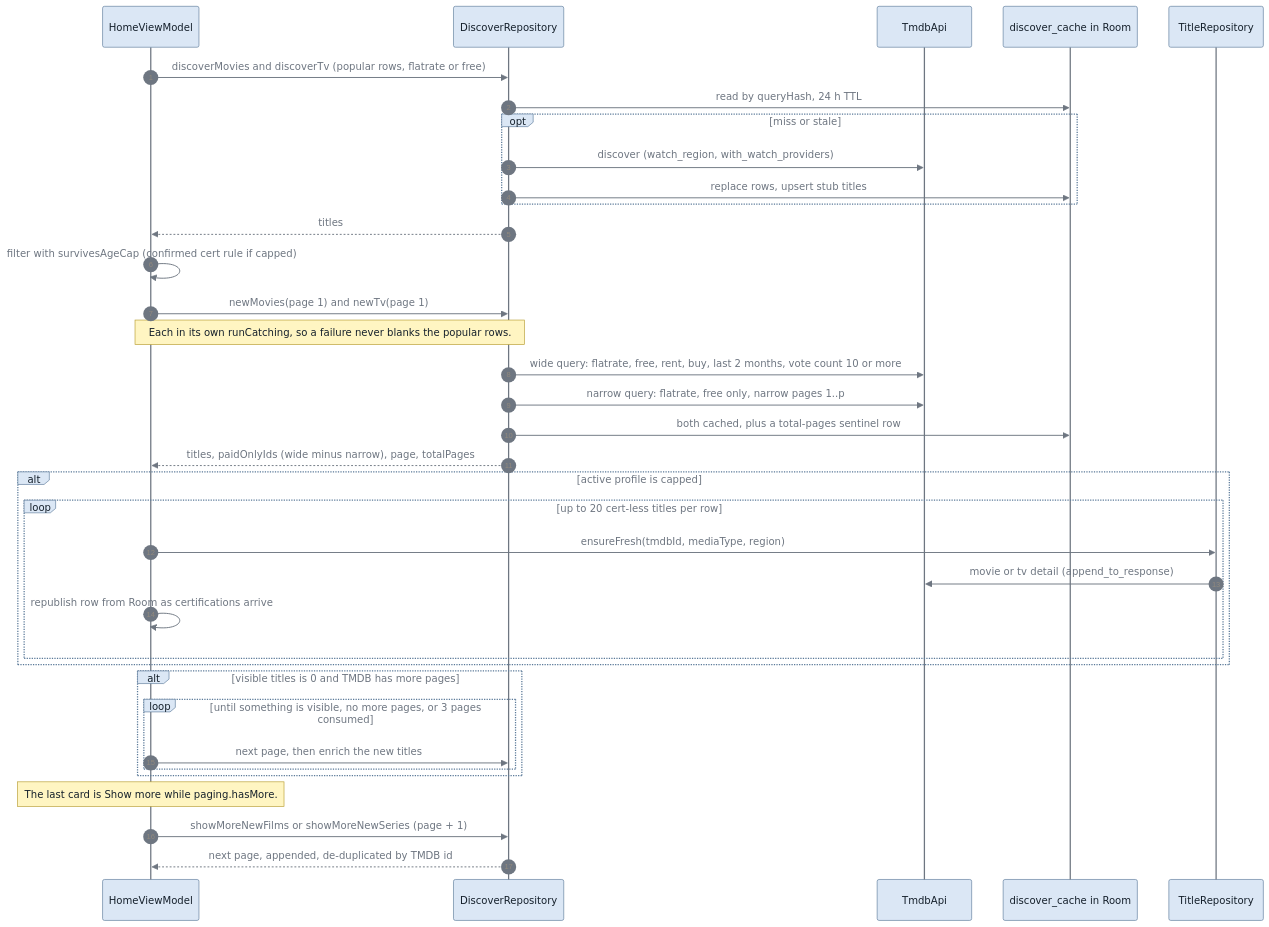
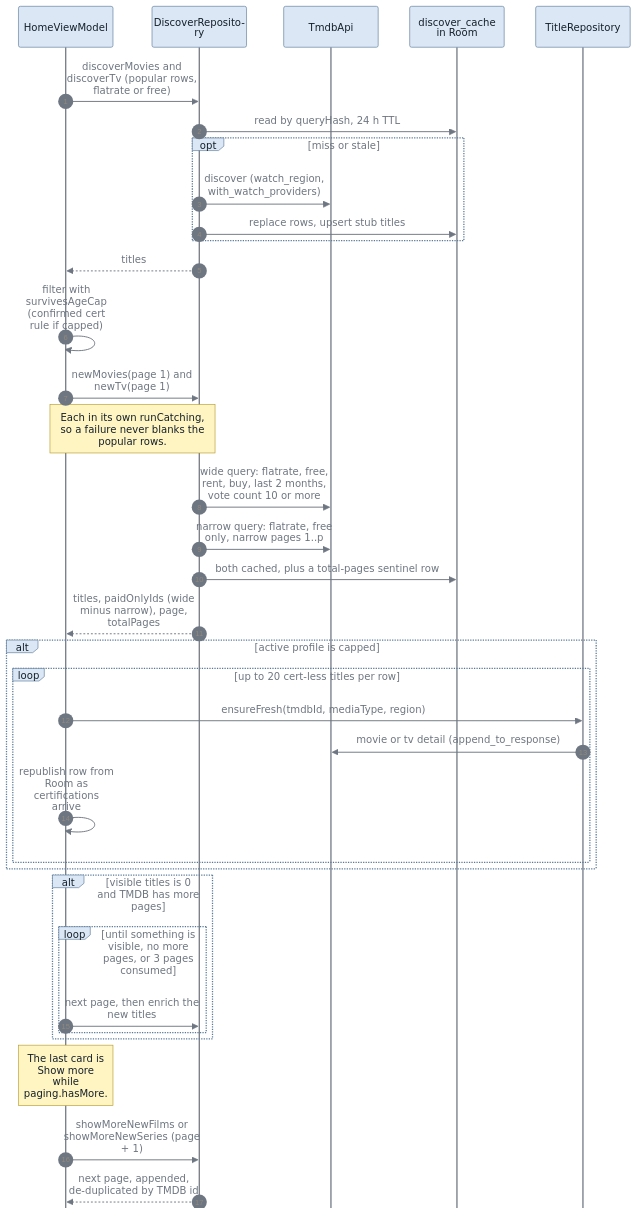
One commit to kevclark/familyWatchList changed the ninth of 10 diagrams in docs/ARCHITECTURE.md. Above: the diagram before and after it, drawn with Mermaid. The commit also changed other lines of this file and 3 other files, not shown here.

First line of the commit message:
docs: add docs/README.md landing page, ease sequence diagrams

````diff
--- a/docs/ARCHITECTURE.md
+++ b/docs/ARCHITECTURE.md
@@ -526,44 +539,44 @@
 ```mermaid
-%%{init: {'theme':'base','themeVariables':{'primaryColor':'#dbe7f5','primaryTextColor':'#15202b','primaryBorderColor':'#5b7a99','secondaryColor':'#eef2f6','tertiaryColor':'#f6f8fa','lineColor':'#6e7681','textColor':'#6e7681','attributeBackgroundColorOdd':'#f3f6fa','attributeBackgroundColorEven':'#e4ebf3','signalColor':'#6e7681','signalTextColor':'#6e7681','loopTextColor':'#6e7681','labelTextColor':'#15202b','actorLineColor':'#6e7681','noteBkgColor':'#fff5c2','noteTextColor':'#15202b','noteBorderColor':'#b59a2c','clusterBkg':'#eef2f6','clusterBorder':'#5b7a99'}}}%%
+%%{init: {'theme':'base','themeVariables':{'primaryColor':'#dbe7f5','primaryTextColor':'#15202b','primaryBorderColor':'#5b7a99','secondaryColor':'#eef2f6','tertiaryColor':'#f6f8fa','lineColor':'#6e7681','textColor':'#6e7681','attributeBackgroundColorOdd':'#f3f6fa','attributeBackgroundColorEven':'#e4ebf3','signalColor':'#6e7681','signalTextColor':'#6e7681','loopTextColor':'#6e7681','labelTextColor':'#15202b','actorLineColor':'#6e7681','noteBkgColor':'#fff5c2','noteTextColor':'#15202b','noteBorderColor':'#b59a2c','clusterBkg':'#eef2f6','clusterBorder':'#5b7a99'},'sequence':{'mirrorActors':false,'wrap':true,'width':150,'messageMargin':30,'actorFontSize':15,'messageFontSize':14,'noteFontSize':13}}}%%
 sequenceDiagram
     autonumber
     participant HVM as HomeViewModel
     participant DR as DiscoverRepository
     participant TMDB as TmdbApi
     participant Cache as discover_cache in Room
     participant TR as TitleRepository
 
     HVM->>DR: discoverMovies and discoverTv (popular rows, flatrate or free)
     DR->>Cache: read by queryHash, 24 h TTL
     opt miss or stale
         DR->>TMDB: discover (watch_region, with_watch_providers)
         DR->>Cache: replace rows, upsert stub titles
     end
     DR-->>HVM: titles
     HVM->>HVM: filter with survivesAgeCap (confirmed cert rule if capped)
 
     HVM->>DR: newMovies(page 1) and newTv(page 1)
     Note over HVM,DR: Each in its own runCatching, so a failure never blanks the popular rows.
     DR->>TMDB: wide query: flatrate, free, rent, buy, last 2 months, vote count 10 or more
     DR->>TMDB: narrow query: flatrate, free only, narrow pages 1..p
     DR->>Cache: both cached, plus a total-pages sentinel row
     DR-->>HVM: titles, paidOnlyIds (wide minus narrow), page, totalPages
 
     alt active profile is capped
         loop up to 20 cert-less titles per row
             HVM->>TR: ensureFresh(tmdbId, mediaType, region)
             TR->>TMDB: movie or tv detail (append_to_response)
             HVM->>HVM: republish row from Room as certifications arrive
         end
     end
 
     alt visible titles is 0 and TMDB has more pages
         loop until something is visible, no more pages, or 3 pages consumed
             HVM->>DR: next page, then enrich the new titles
         end
     end
 
     Note over HVM: The last card is Show more while paging.hasMore.
     HVM->>DR: showMoreNewFilms or showMoreNewSeries (page + 1)
     DR-->>HVM: next page, appended, de-duplicated by TMDB id
 ```
````
